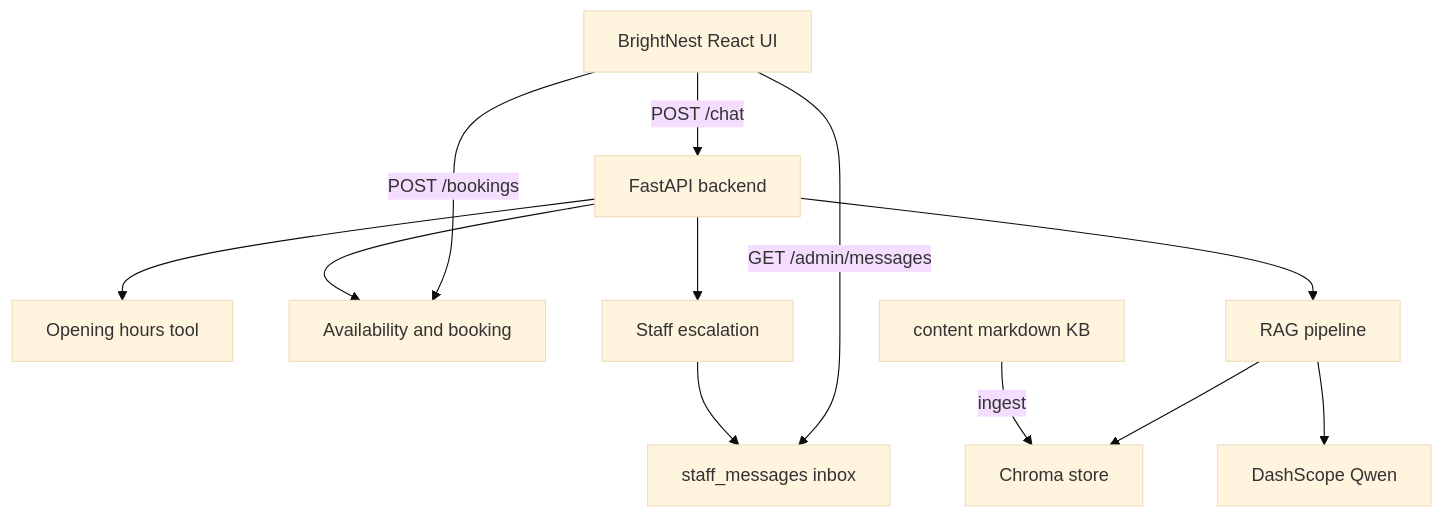
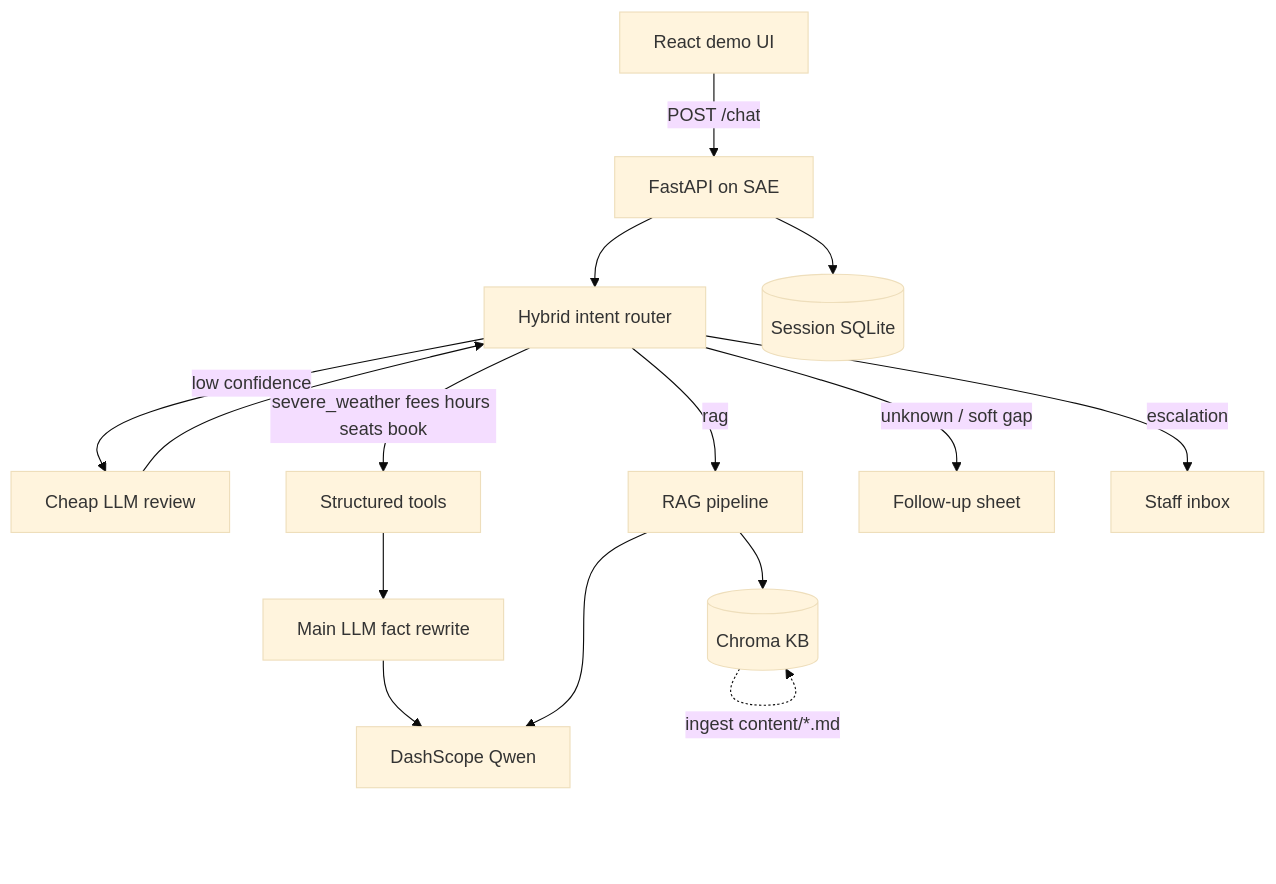
Before and after one commit to spidersocks/COMP6708_A3_Demo: the diagram in docs/architecture.md, drawn with Mermaid (base theme). The commit also changed other lines of this file and 15 other files, not shown here.

First line of the commit message:
Document full E2E system and expose router/RAG/memory traces for the demo.

````diff
--- a/docs/architecture.md
+++ b/docs/architecture.md
@@ -3,25 +5,30 @@
 ```mermaid
 flowchart TB
-  UI[BrightNest React UI]
-  API[FastAPI backend]
-  OH[Opening hours tool]
-  BK[Availability and booking]
-  ESC[Staff escalation]
-  MSG[staff_messages inbox]
+  UI[React demo UI]
+  API[FastAPI on SAE]
+  R[Hybrid intent router]
+  ARB[Cheap LLM review]
+  TOOLS[Structured tools]
   RAG[RAG pipeline]
-  CH[Chroma store]
+  ADAPT[Main LLM fact rewrite]
+  CH[(Chroma KB)]
   DS[DashScope Qwen]
-  MD[content markdown KB]
+  SHEETS[Follow-up sheet]
+  MAIL[Staff inbox]
+  MEM[(Session SQLite)]
 
   UI -->|POST /chat| API
-  UI -->|POST /bookings| BK
-  UI -->|GET /admin/messages| MSG
-  API --> OH
-  API --> BK
-  API --> ESC
-  ESC --> MSG
-  API --> RAG
+  API --> MEM
+  API --> R
+  R -->|low confidence| ARB
+  ARB --> R
+  R -->|severe_weather fees hours seats book| TOOLS
+  R -->|rag| RAG
+  R -->|escalation| MAIL
+  R -->|unknown / soft gap| SHEETS
+  TOOLS --> ADAPT
+  ADAPT --> DS
   RAG --> CH
   RAG --> DS
-  MD -->|ingest| CH
+  CH -.->|ingest content/*.md| CH
 ```
````
